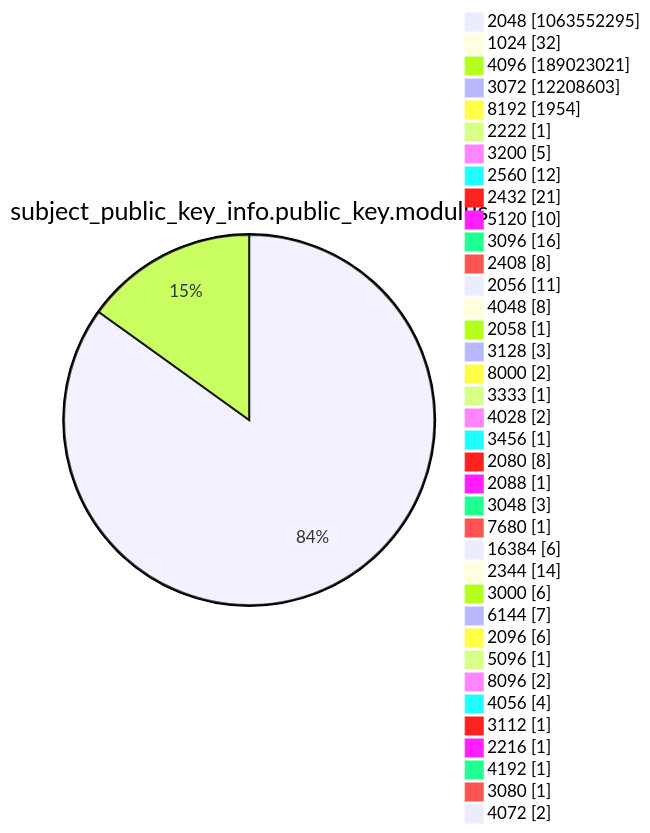
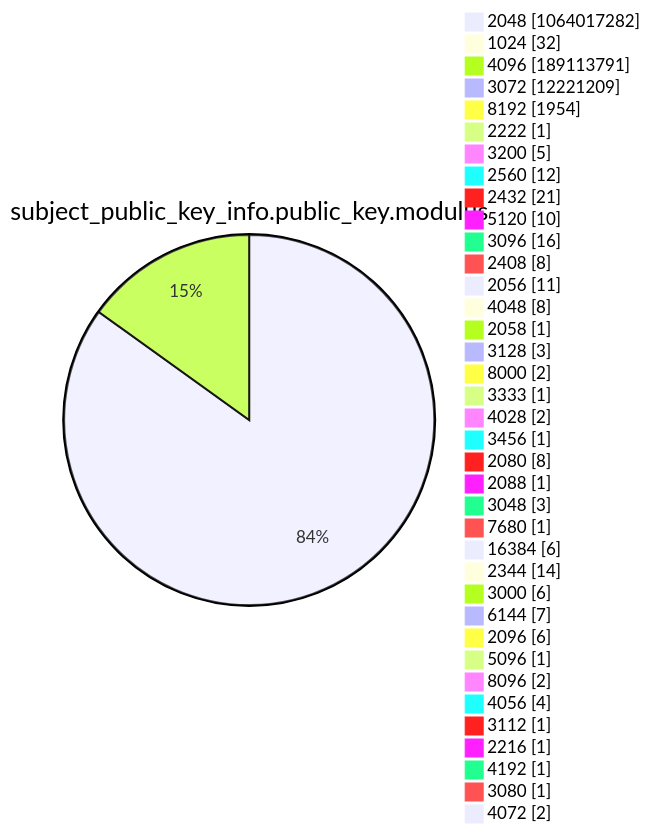
Before and after one commit to christiankrug/ctmonitor_visualization: diagram 13 of 15 in argon2022/README.md, drawn with Mermaid. The commit also changed other lines of this file, not shown here.

````diff
--- a/argon2022/README.md
+++ b/argon2022/README.md
@@ -3589,41 +3589,41 @@
 ```mermaid
 pie showData
 title subject_public_key_info.public_key.modulus
-"2048" :1063552295
+"2048" :1064017282
 "1024" :32
-"4096" :189023021
-"3072" :12208603
+"4096" :189113791
+"3072" :12221209
 "8192" :1954
 "2222" :1
 "3200" :5
 "2560" :12
 "2432" :21
 "5120" :10
 "3096" :16
 "2408" :8
 "2056" :11
 "4048" :8
 "2058" :1
 "3128" :3
 "8000" :2
 "3333" :1
 "4028" :2
 "3456" :1
 "2080" :8
 "2088" :1
 "3048" :3
 "7680" :1
 "16384" :6
 "2344" :14
 "3000" :6
 "6144" :7
 "2096" :6
 "5096" :1
 "8096" :2
 "4056" :4
 "3112" :1
 "2216" :1
 "4192" :1
 "3080" :1
 "4072" :2
 ```
````
